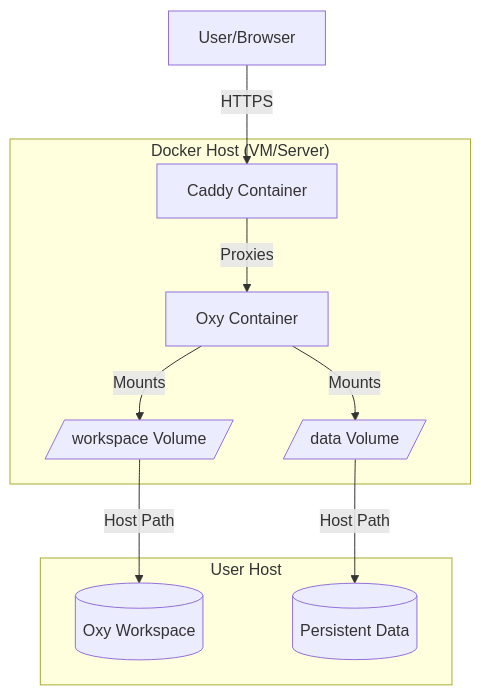
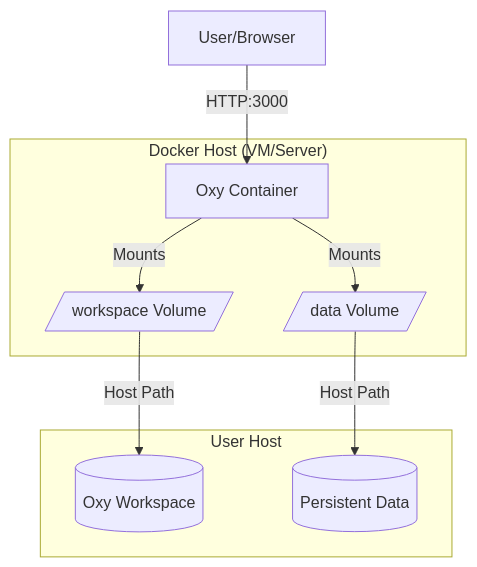
Before and after one commit to oxy-hq/oxy: the diagram in docs/deployment/docker.mdx, drawn with Mermaid. The commit also changed other lines of this file and 20 other files, not shown here.

Commit message:
docs: add reference architecture and improve authentication documentation (#897)

````diff
--- a/docs/deployment/docker.mdx
+++ b/docs/deployment/docker.mdx
@@ -56,23 +56,21 @@
 ```mermaid
 flowchart TD
   subgraph User Host
     Workspace[(Oxy Workspace)]
     Data[(Persistent Data)]
   end
 
   subgraph DockerHost["Docker Host (VM/Server)"]
     Oxy[Oxy Container]
-    Caddy[Caddy Container]
     DataVol[/data Volume/]
     WorkspaceVol[/workspace Volume/]
     Oxy-->|Mounts|WorkspaceVol
     Oxy-->|Mounts|DataVol
-    Caddy-->|Proxies|Oxy
   end
 
   User[User/Browser]
-  User-->|HTTPS|Caddy
+  User-->|HTTP:3000|Oxy
 
   WorkspaceVol-->|Host Path|Workspace
   DataVol-->|Host Path|Data
 ```
````
